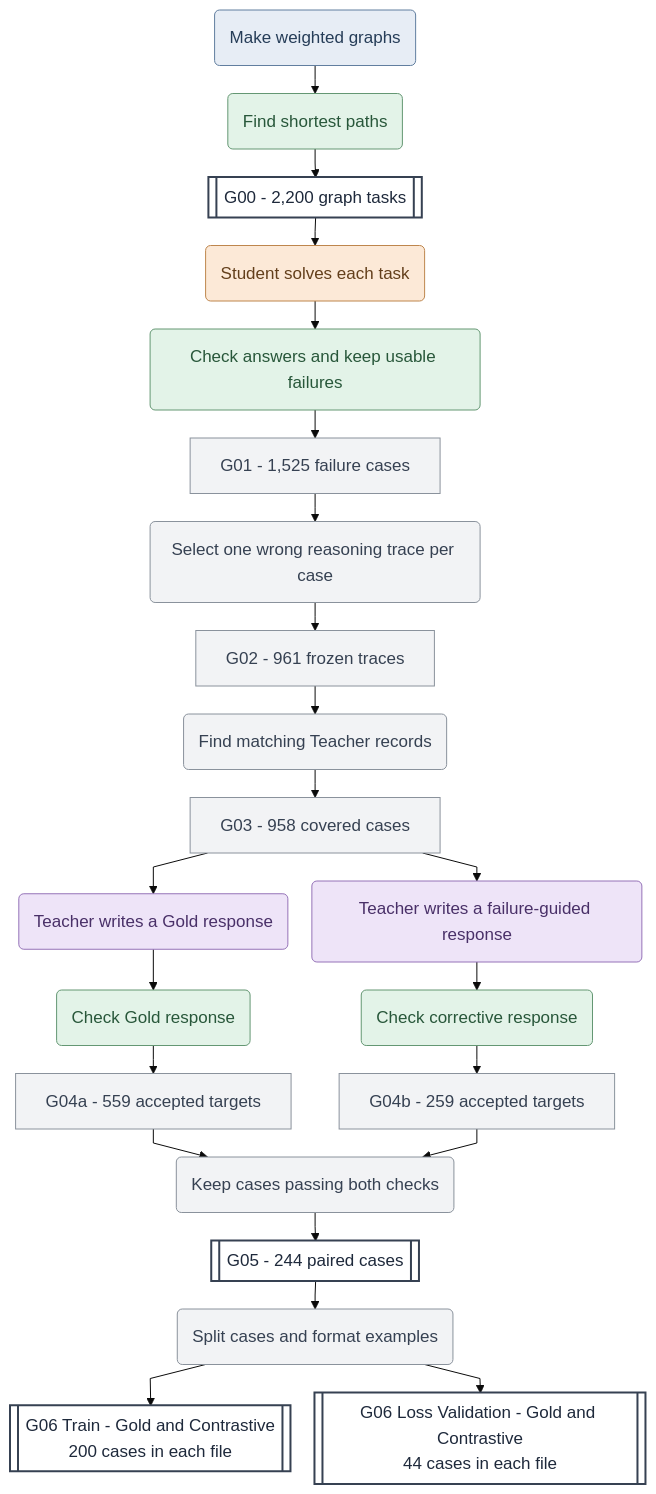
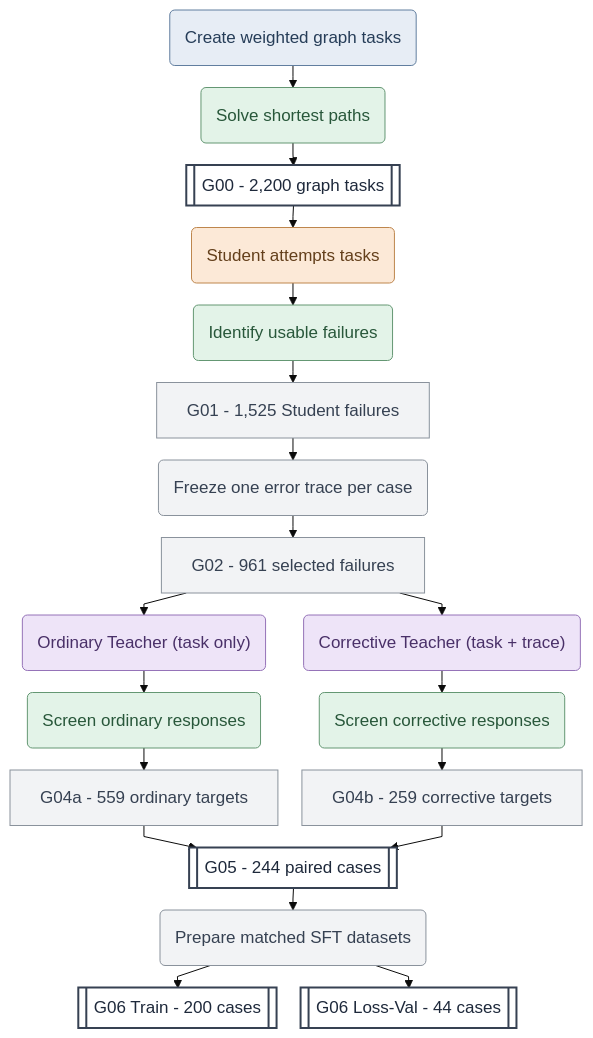
The first of 3 diagrams in README.md (MinervaCyy/PathFACT), drawn with Mermaid before and after one commit. The commit also changed other lines of this file, not shown here.

Commit message:
modified:   README.md

````diff
--- a/README.md
+++ b/README.md
@@ -45,58 +46,49 @@
 ```mermaid
-%%{init: {"theme": "base", "themeVariables": {"fontSize": "17px"}, "flowchart": {"htmlLabels": false, "curve": "linear", "nodeSpacing": 24, "rankSpacing": 28, "wrappingWidth": 300}}}%%
+%%{init: {"theme": "base", "themeVariables": {"fontSize": "17px"}, "flowchart": {"htmlLabels": false, "curve": "linear", "nodeSpacing": 24, "rankSpacing": 22, "wrappingWidth": 500}}}%%
 flowchart TB
-    GEN("Make weighted graphs")
-    SOLVE("Find shortest paths")
+    GEN("Create weighted graph tasks")
+    SOLVE("Solve shortest paths")
     G00[["G00 - 2,200 graph tasks"]]
 
-    STUDENT("Student solves each task")
-    CHECK("Check answers and keep usable failures")
-    G01["G01 - 1,525 failure cases"]
+    STUDENT("Student attempts tasks")
+    CHECK("Identify usable failures")
+    G01["G01 - 1,525 Student failures"]
+    TRACE("Freeze one error trace per case")
+    G02["G02 - 961 selected failures"]
 
-    TRACE("Select one wrong reasoning trace per case")
-    G02["G02 - 961 frozen traces"]
+    ORDINARY("Ordinary Teacher (task only)")
+    CORRECTIVE("Corrective Teacher (task + trace)")
+    VERIFY_ORDINARY("Screen ordinary responses")
+    VERIFY_CORRECTIVE("Screen corrective responses")
+    G04A["G04a - 559 ordinary targets"]
+    G04B["G04b - 259 corrective targets"]
 
-    COVER("Find matching Teacher records")
-    G03["G03 - 958 covered cases"]
-
-    GOLD("Teacher writes a Gold response")
-    CORRECT("Teacher writes a failure-guided response")
-    VG("Check Gold response")
-    VC("Check corrective response")
-    G04A["G04a - 559 accepted targets"]
-    G04B["G04b - 259 accepted targets"]
-
-    PAIR("Keep cases passing both checks")
     G05[["G05 - 244 paired cases"]]
-
-    SPLIT("Split cases and format examples")
-    TRAIN[["G06 Train - Gold and Contrastive<br/>200 cases in each file"]]
-    VAL[["G06 Loss Validation - Gold and Contrastive<br/>44 cases in each file"]]
+    FORMAT("Prepare matched SFT datasets")
+    TRAIN[["G06 Train - 200 cases"]]
+    VAL[["G06 Loss-Val - 44 cases"]]
 
     GEN --> SOLVE --> G00
-    G00 --> STUDENT --> CHECK --> G01
-    G01 --> TRACE --> G02
-    G02 --> COVER --> G03
-
-    G03 --> GOLD --> VG --> G04A
-    G03 --> CORRECT --> VC --> G04B
-    G04A --> PAIR
-    G04B --> PAIR
-    PAIR --> G05 --> SPLIT
-    SPLIT --> TRAIN
-    SPLIT --> VAL
+    G00 --> STUDENT --> CHECK --> G01 --> TRACE --> G02
+    G02 --> ORDINARY --> VERIFY_ORDINARY --> G04A
+    G02 --> CORRECTIVE --> VERIFY_CORRECTIVE --> G04B
+    G04A --> G05
+    G04B --> G05
+    G05 --> FORMAT
+    FORMAT --> TRAIN
+    FORMAT --> VAL
 
     classDef generator fill:#E7EDF5,stroke:#617E9F,color:#263D58
     classDef student fill:#FCE9D7,stroke:#BE864D,color:#633F1B
     classDef teacher fill:#EEE4F8,stroke:#9573B8,color:#493068
     classDef verifier fill:#E3F3E8,stroke:#649773,color:#28573A
     classDef python fill:#F2F3F5,stroke:#8A929C,color:#364152
     classDef dataset fill:#FFFFFF,stroke:#364152,color:#1E293B,stroke-width:2px
 
     class GEN generator
     class STUDENT student
-    class GOLD,CORRECT teacher
-    class SOLVE,CHECK,VG,VC verifier
-    class TRACE,COVER,PAIR,SPLIT,G01,G02,G03,G04A,G04B python
+    class ORDINARY,CORRECTIVE teacher
+    class SOLVE,CHECK,VERIFY_ORDINARY,VERIFY_CORRECTIVE verifier
+    class G01,TRACE,G02,G04A,G04B,FORMAT python
     class G00,G05,TRAIN,VAL dataset
 ```
````
